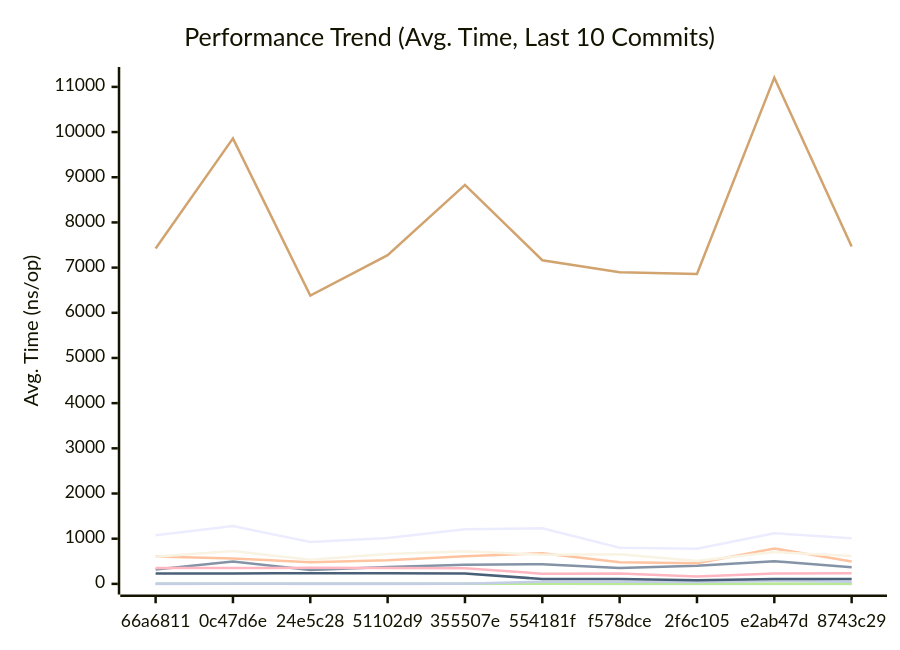
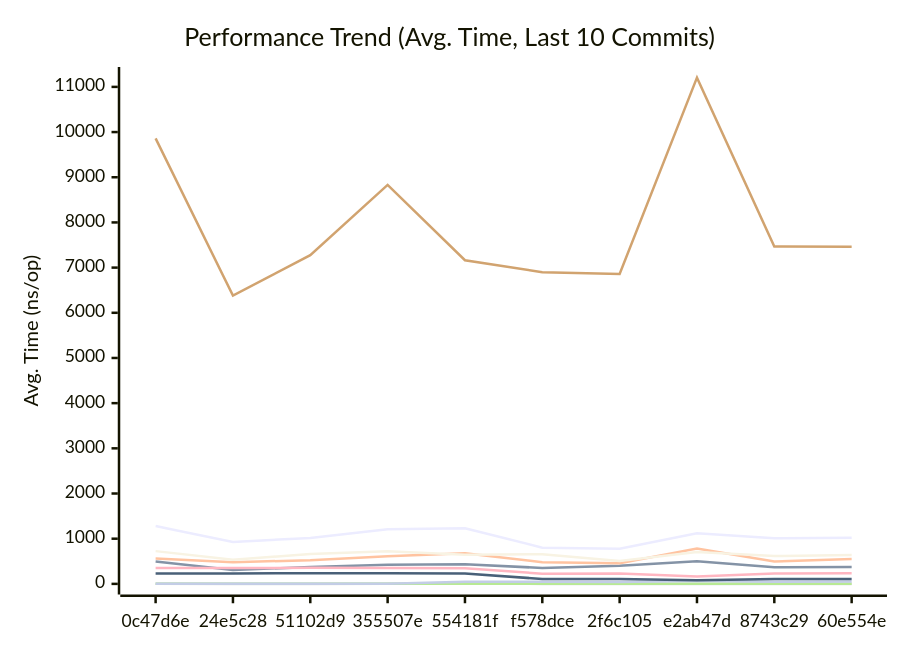
The first of 3 diagrams in docs/PERFORMANCE.md (alsotoes/momo), drawn with Mermaid before and after one commit. The commit also changed other lines of this file and 2 other files, not shown here.

Commit message:
ci: document SanitizeLog ignore rationale (#746)

````diff
--- a/docs/PERFORMANCE.md
+++ b/docs/PERFORMANCE.md
@@ -128,18 +128,18 @@
 ```mermaid
 xychart-beta
     title "Performance Trend (Avg. Time, Last 10 Commits)"
     x-axis "Commit"
     y-axis "Avg. Time (ns/op)"
-    x-axis [66a6811,0c47d6e,24e5c28,51102d9,355507e,554181f,f578dce,2f6c105,e2ab47d,8743c29]
-    line "CheckMetricsAndSwap" [13,13,9,12,13,13,10,9,11,10]
-    line "CrushOptimized" [319,494,306,375,422,435,352,402,502,370]
-    line "CrushOriginal" [606,560,480,523,612,676,481,456,783,495]
-    line "IndexDirectTracking" [0,1,0,0,1,1,0,0,0,0]
-    line "IndexSearch" [3,4,3,4,3,4,3,3,3,3]
-    line "LoadGlobalConfig" [7422,9861,6379,7276,8830,7163,6898,6860,11205,7469]
-    line "PadString" [3,3,3,2,3,48,47,43,69,49]
+    x-axis [0c47d6e,24e5c28,51102d9,355507e,554181f,f578dce,2f6c105,e2ab47d,8743c29,60e554e]
+    line "CheckMetricsAndSwap" [13,9,12,13,13,10,9,11,10,9]
+    line "CrushOptimized" [494,306,375,422,435,352,402,502,370,372]
+    line "CrushOriginal" [560,480,523,612,676,481,456,783,495,550]
+    line "IndexDirectTracking" [1,0,0,1,1,0,0,0,0,0]
+    line "IndexSearch" [4,3,4,3,4,3,3,3,3,3]
+    line "LoadGlobalConfig" [9861,6379,7276,8830,7163,6898,6860,11205,7469,7459]
+    line "PadString" [3,3,2,3,48,47,43,69,49,51]
     line "ParseReplicationOrder_NoPrealloc" [350,349,357,354,345,225,229,165,232,234]
     line "ParseReplicationOrder_Prealloc" [229,231,237,234,229,108,107,80,110,109]
-    line "SanitizeLog/Safe" [598,725,535,663,724,642,658,507,704,615]
-    line "SanitizeLog/Unsafe" [1078,1279,926,1017,1209,1232,802,779,1122,1010]
+    line "SanitizeLog/Safe" [725,535,663,724,642,658,507,704,615,640]
+    line "SanitizeLog/Unsafe" [1279,926,1017,1209,1232,802,779,1122,1010,1023]
 ```
````
